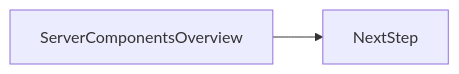
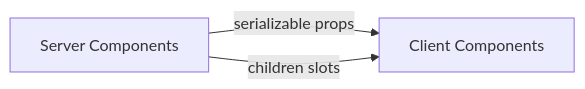
One commit to OmidJavaherii/Frontend-Engineering-Handbook changed the second of 2 diagrams in docs/en/10-react/server-components-overview/index.md. Above: the diagram before and after it, drawn with Mermaid. The commit also changed other lines of this file and 461 other files, not shown here.

````diff
--- a/docs/en/10-react/server-components-overview/index.md
+++ b/docs/en/10-react/server-components-overview/index.md
@@ -96,4 +117,5 @@
 ```mermaid
 flowchart LR
-  concept[ServerComponentsOverview] --> nextStep[NextStep]
+  SC[Server Components] -->|serializable props| CC[Client Components]
+  SC -->|children slots| CC
 ```
````
